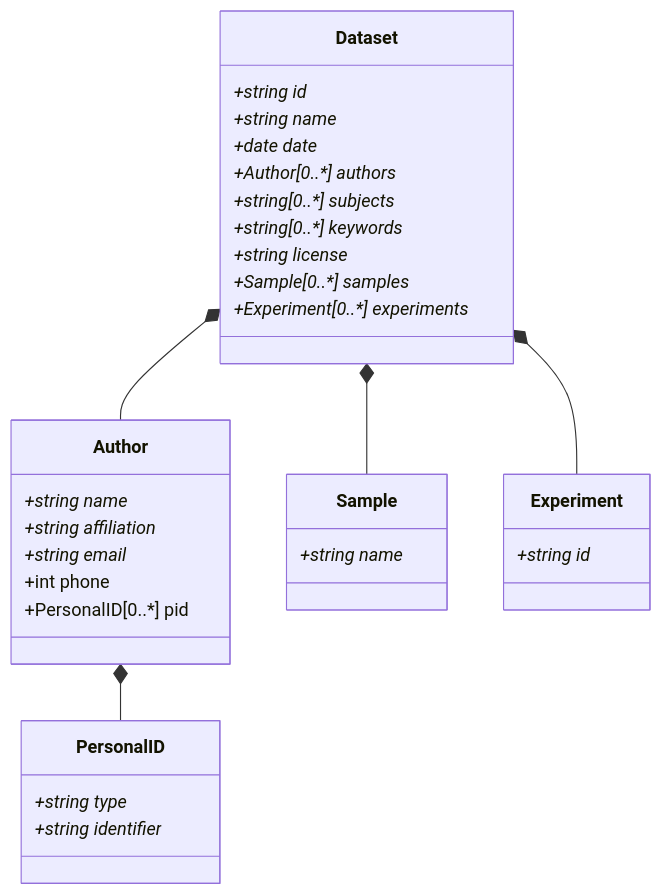
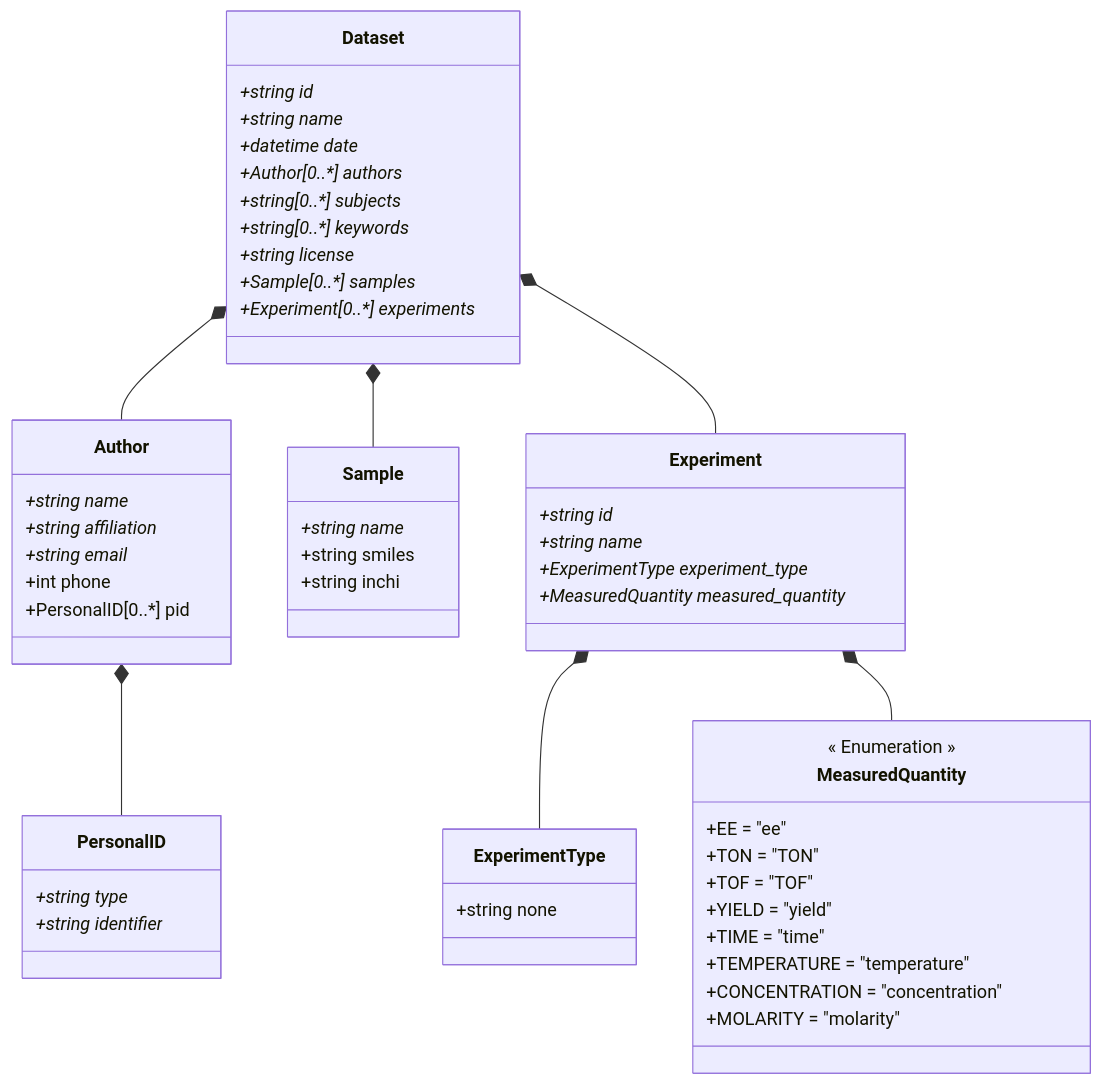
One commit to FAIRChemistry/datamodel_b06 changed the diagram in DatamodelB06/schemes/Data model for CRC 1333 project B06.md. Above: the diagram before and after it, drawn with Mermaid. The commit also changed 7 other files, not shown here.

````diff
--- a/DatamodelB06/schemes/Data model for CRC 1333 project B06.md
+++ b/DatamodelB06/schemes/Data model for CRC 1333 project B06.md
@@ -1,41 +1,64 @@
 ```mermaid
 classDiagram
     Dataset *-- Author
     Dataset *-- Sample
     Dataset *-- Experiment
     Author *-- PersonalID
+    Experiment *-- ExperimentType
+    Experiment *-- MeasuredQuantity
     
     class Dataset {
         +string id*
         +string name*
-        +date date*
+        +datetime date*
         +Author[0..*] authors*
         +string[0..*] subjects*
         +string[0..*] keywords*
         +string license*
         +Sample[0..*] samples*
         +Experiment[0..*] experiments*
     }
     
     class Author {
         +string name*
         +string affiliation*
         +string email*
         +int phone
         +PersonalID[0..*] pid
     }
     
     class PersonalID {
         +string type*
         +string identifier*
     }
     
     class Sample {
         +string name*
+        +string smiles
+        +string inchi
     }
     
     class Experiment {
         +string id*
+        +string name*
+        +ExperimentType experiment_type*
+        +MeasuredQuantity measured_quantity*
+    }
+    
+    class ExperimentType {
+        +string none
+    }
+    
+    class MeasuredQuantity {
+        << Enumeration >>
+        +EE = "ee"
+        +TON = "TON"
+        +TOF = "TOF"
+        +YIELD = "yield"
+        +TIME = "time"
+        +TEMPERATURE = "temperature"
+        +CONCENTRATION = "concentration"
+        +MOLARITY = "molarity"
     }
     
 ```
````
